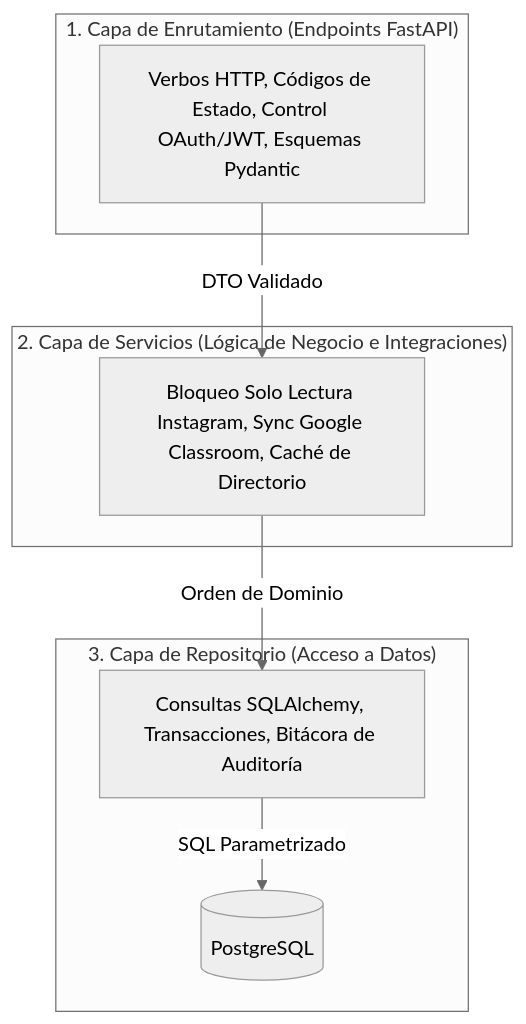
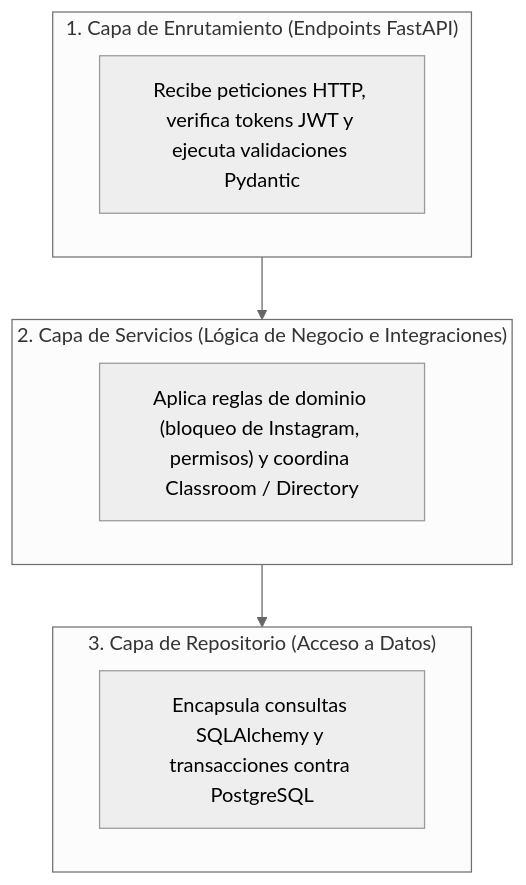
The second of 2 diagrams in content/posts/upa-campus-app-architecture-part-5/index.es.md (Pascal-Thommen/pascal-thommen.github.io), drawn with Mermaid (neutral theme) before and after one commit. The commit also changed other lines of this file and 25 other files, not shown here.

````diff
--- a/content/posts/upa-campus-app-architecture-part-5/index.es.md
+++ b/content/posts/upa-campus-app-architecture-part-5/index.es.md
@@ -112,17 +89,13 @@
 ```mermaid
 flowchart TD
-    subgraph PresentationLayer["1. Capa de Enrutamiento (Endpoints FastAPI)"]
-        Router["Verbos HTTP, Códigos de Estado, Control OAuth/JWT, Esquemas Pydantic"]
+    subgraph Layer1["1. Capa de Enrutamiento (Endpoints FastAPI)"]
+        R["Recibe peticiones HTTP, verifica tokens JWT y ejecuta validaciones Pydantic"]
     end
-    subgraph BusinessLayer["2. Capa de Servicios (Lógica de Negocio e Integraciones)"]
-        Service["Bloqueo Solo Lectura Instagram, Sync Google Classroom, Caché de Directorio"]
+    subgraph Layer2["2. Capa de Servicios (Lógica de Negocio e Integraciones)"]
+        S["Aplica reglas de dominio (bloqueo de Instagram, permisos) y coordina Classroom / Directory"]
     end
-    subgraph PersistenceLayer["3. Capa de Repositorio (Acceso a Datos)"]
-        Repo["Consultas SQLAlchemy, Transacciones, Bitácora de Auditoría"]
-        DB[(PostgreSQL)]
+    subgraph Layer3["3. Capa de Repositorio (Acceso a Datos)"]
+        D["Encapsula consultas SQLAlchemy y transacciones contra PostgreSQL"]
     end
-
-    Router -->|DTO Validado| Service
-    Service -->|Orden de Dominio| Repo
-    Repo -->|SQL Parametrizado| DB
+    Layer1 --> Layer2 --> Layer3
 ```
````
